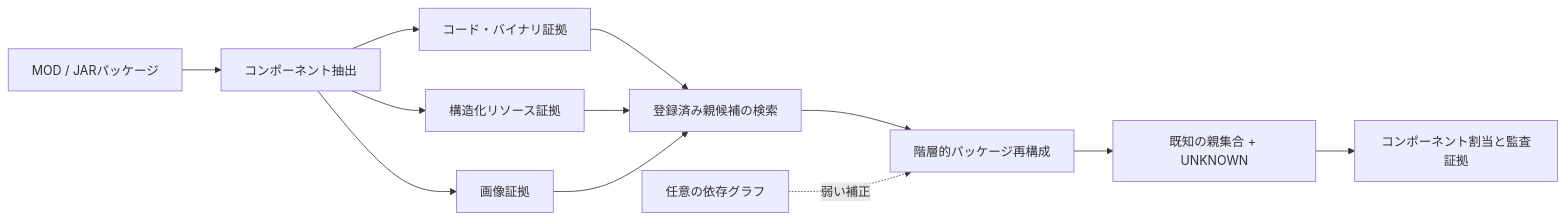
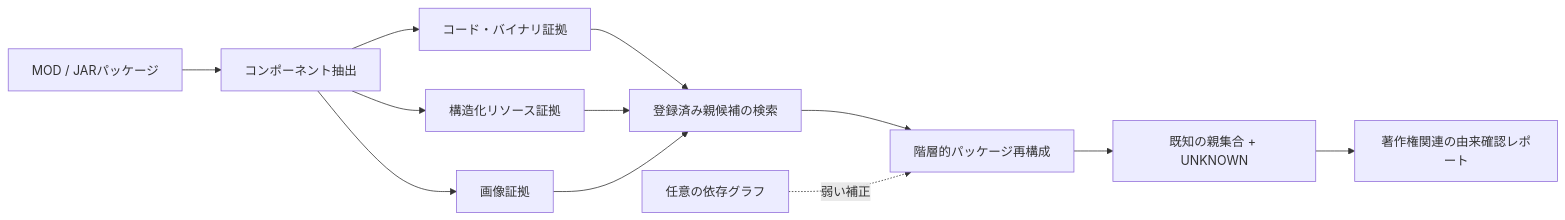
One commit to YSL-RyuDo/mod-provenance-research changed the diagram in README.ja.md. Above: the diagram before and after it, drawn with Mermaid. The commit also changed other lines of this file and 24 other files, not shown here.

````diff
--- a/README.ja.md
+++ b/README.ja.md
@@ -20,14 +20,14 @@
 ```mermaid
 flowchart LR
     A[MOD / JARパッケージ] --> B[コンポーネント抽出]
     B --> C1[コード・バイナリ証拠]
     B --> C2[構造化リソース証拠]
     B --> C3[画像証拠]
     C1 --> D[登録済み親候補の検索]
     C2 --> D
     C3 --> D
     D --> E[階層的パッケージ再構成]
     G[任意の依存グラフ] -. 弱い補正 .-> E
     E --> F[既知の親集合 + UNKNOWN]
-    F --> H[コンポーネント割当と監査証拠]
+    F --> H[著作権関連の由来確認レポート]
 ```
````
